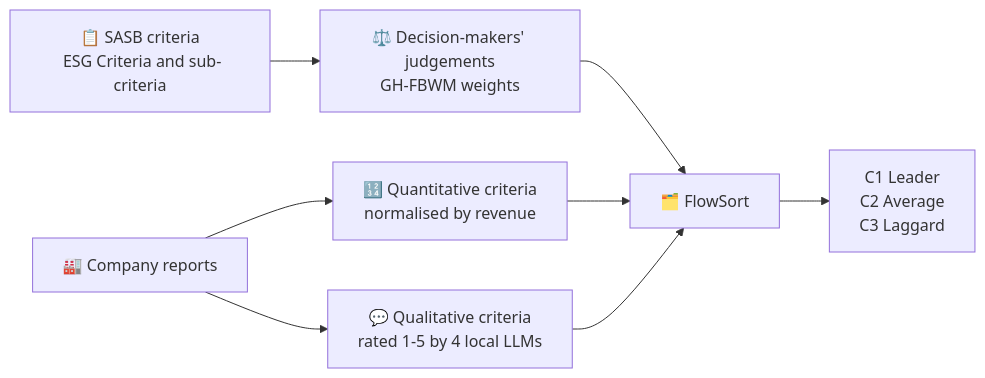
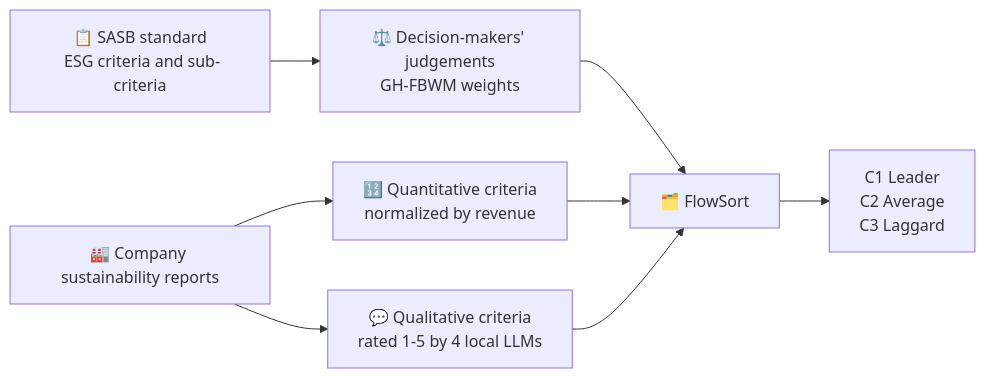
The diagram in README.md (liviambmiranda/Decision_Support_Tool_Sustainable_Partner_Selection), drawn with Mermaid before and after one commit. The commit also changed other lines of this file, not shown here.

````diff
--- a/README.md
+++ b/README.md
@@ -39,10 +39,10 @@
 ```mermaid
 flowchart LR
-    A["📋 SASB criteria<br/> ESG Criteria and sub-criteria"] --> B["⚖️ Decision-makers' judgements<br/>GH-FBWM weights"]
-    C["🏭 Company reports"] --> D["🔢 Quantitative criteria<br/>normalised by revenue"]
+    A["📋 SASB standard<br/> ESG criteria and sub-criteria"] --> B["⚖️ Decision-makers' judgements<br/>GH-FBWM weights"]
+    C["🏭 Company sustainability reports"] --> D["🔢 Quantitative criteria<br/>normalized by revenue"]
     C --> E["💬 Qualitative criteria<br/>rated 1-5 by 4 local LLMs"]
     B --> F["🗂️ FlowSort"]
     D --> F
     E --> F
     F --> G["C1 Leader<br/>C2 Average<br/>C3 Laggard"]
 ```
````
